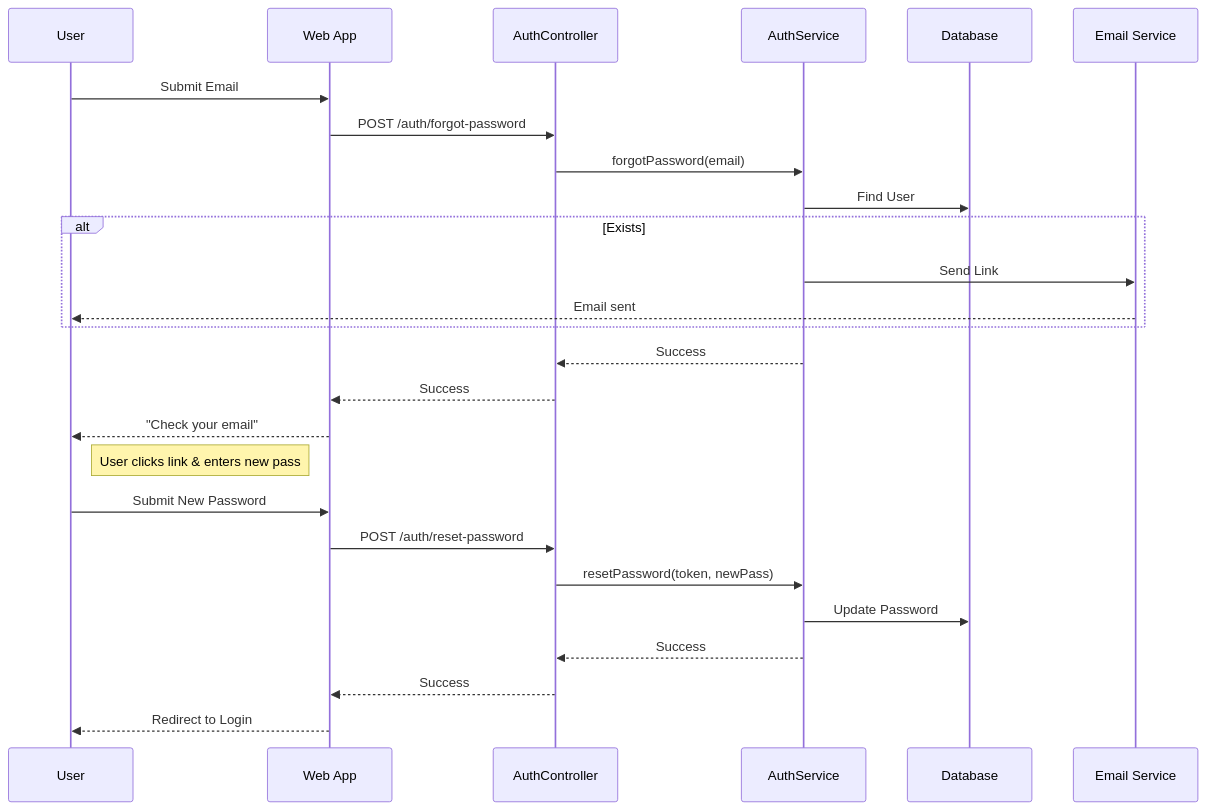
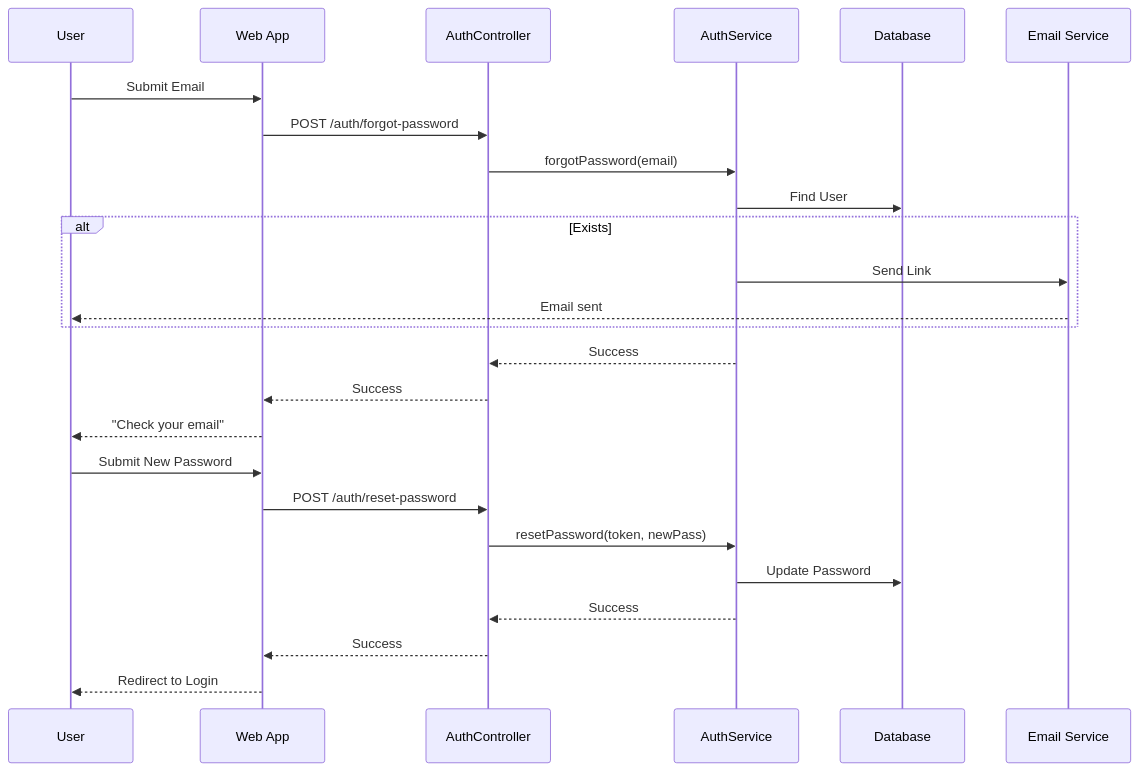
One commit to duong4444/agribot-dev changed the third of 5 diagrams in DOC-TTCS/authentication_docs.md. Above: the diagram before and after it, drawn with Mermaid. The commit also changed 10 other files, not shown here.

````diff
--- a/DOC-TTCS/authentication_docs.md
+++ b/DOC-TTCS/authentication_docs.md
@@ -142,30 +142,29 @@
 ```mermaid
 sequenceDiagram
     participant U as User
     participant FE as Web App
     participant CTL as AuthController
     participant SVC as AuthService
     participant DB as Database
     participant M as Email Service
 
     U->>FE: Submit Email
     FE->>CTL: POST /auth/forgot-password
     CTL->>SVC: forgotPassword(email)
     SVC->>DB: Find User
     alt Exists
         SVC->>M: Send Link
         M-->>U: Email sent
     end
     SVC-->>CTL: Success
     CTL-->>FE: Success
     FE-->>U: "Check your email"
     
-    note right of U: User clicks link & enters new pass
     U->>FE: Submit New Password
     FE->>CTL: POST /auth/reset-password
     CTL->>SVC: resetPassword(token, newPass)
     SVC->>DB: Update Password
     SVC-->>CTL: Success
     CTL-->>FE: Success
     FE-->>U: Redirect to Login
 ```
````
